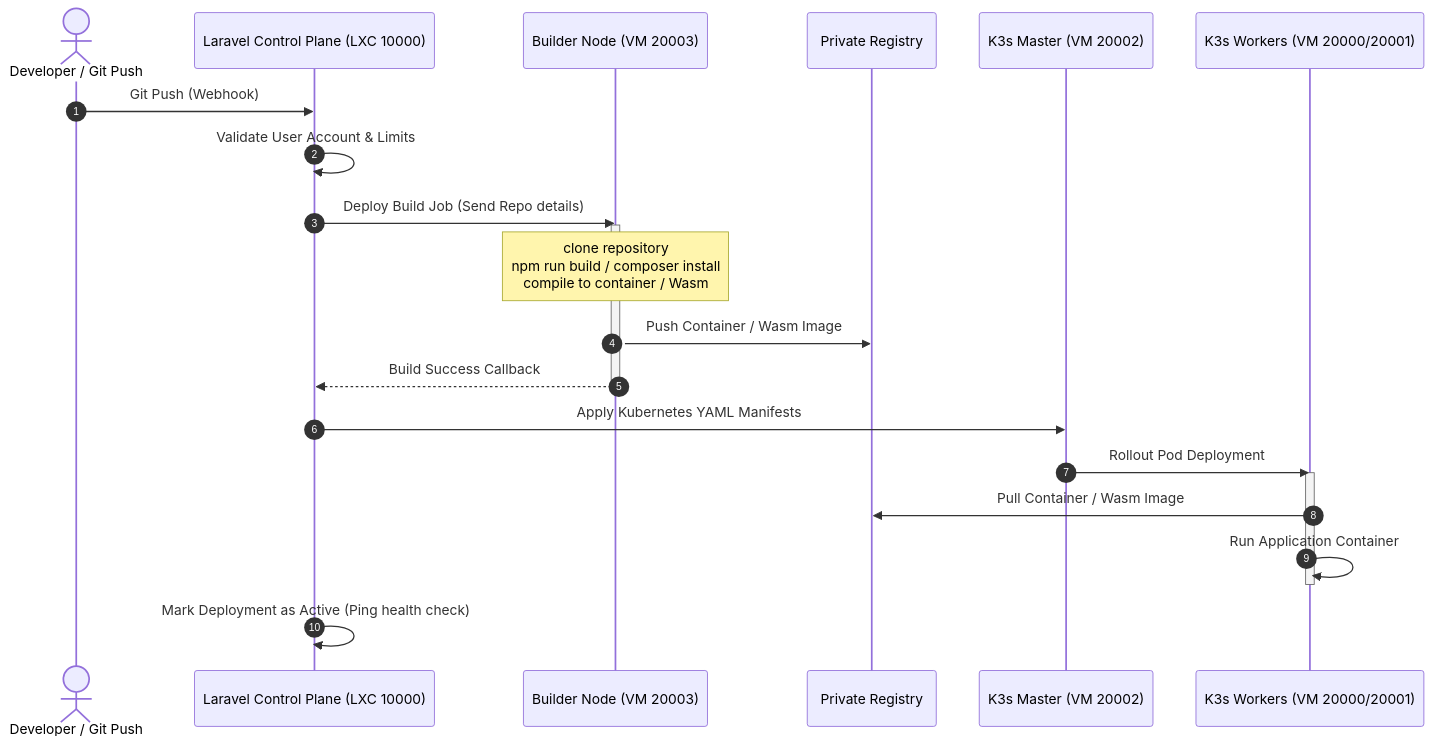
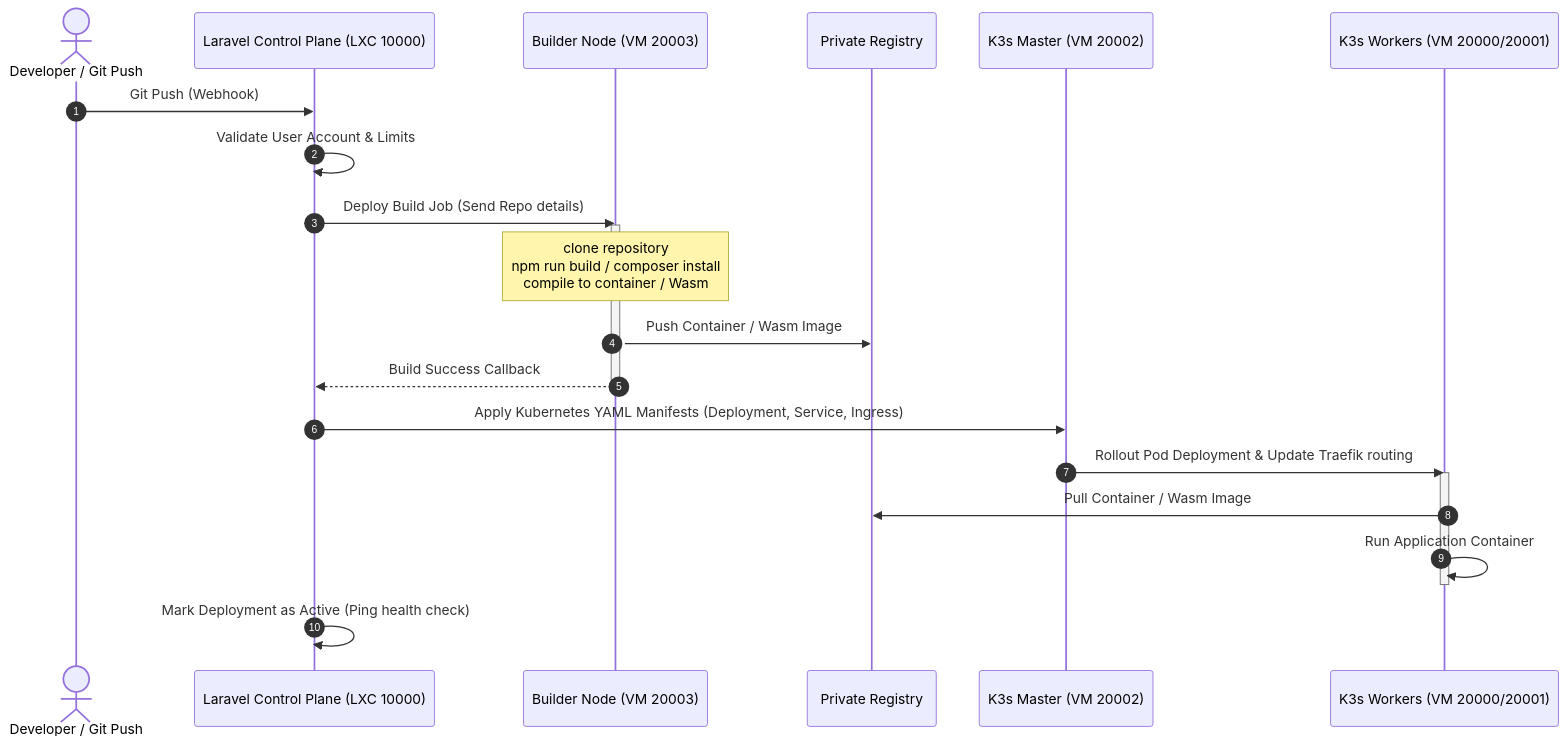
The second of 2 diagrams in network_k8s_architecture.md (dyzulk/dyzulk-cloud), drawn with Mermaid before and after one commit. The commit also changed other lines of this file, not shown here.

Commit message:
docs: update network architecture to single-proxy with cloudflare for saas

````diff
--- a/network_k8s_architecture.md
+++ b/network_k8s_architecture.md
@@ -193,29 +193,29 @@
 ```mermaid
 sequenceDiagram
     autonumber
     actor Developer as Developer / Git Push
     participant Laravel as Laravel Control Plane (LXC 10000)
     participant Builder as Builder Node (VM 20003)
     participant Registry as Private Registry
     participant K3s_Master as K3s Master (VM 20002)
     participant Workers as K3s Workers (VM 20000/20001)
     
     Developer ->> Laravel: Git Push (Webhook)
     Laravel ->> Laravel: Validate User Account & Limits
     Laravel ->> Builder: Deploy Build Job (Send Repo details)
     
     activate Builder
     Note over Builder: clone repository<br/>npm run build / composer install<br/>compile to container / Wasm
     Builder ->> Registry: Push Container / Wasm Image
     Builder -->> Laravel: Build Success Callback
     deactivate Builder
     
-    Laravel ->> K3s_Master: Apply Kubernetes YAML Manifests
-    K3s_Master ->> Workers: Rollout Pod Deployment
+    Laravel ->> K3s_Master: Apply Kubernetes YAML Manifests (Deployment, Service, Ingress)
+    K3s_Master ->> Workers: Rollout Pod Deployment & Update Traefik routing
     activate Workers
     Workers ->> Registry: Pull Container / Wasm Image
     Workers ->> Workers: Run Application Container
     deactivate Workers
     
     Laravel ->> Laravel: Mark Deployment as Active (Ping health check)
 ```
````
